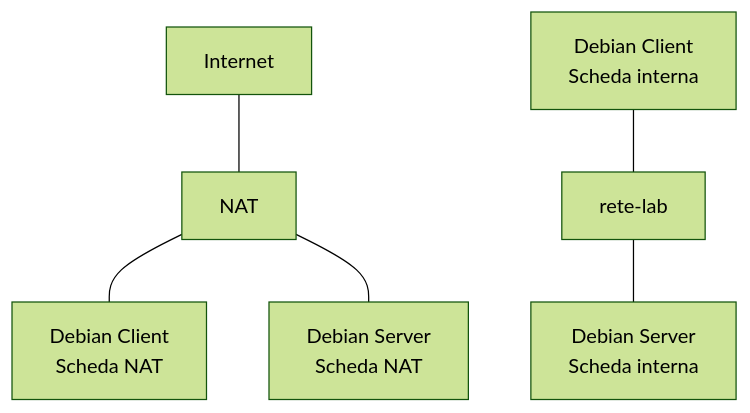
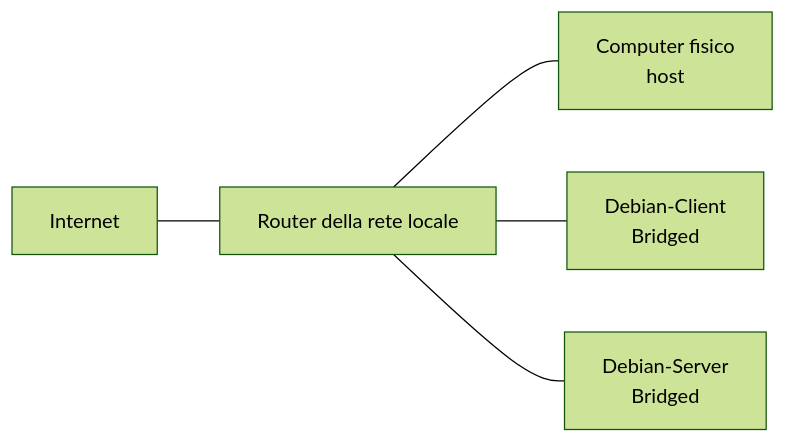
The diagram in 02_virtualizzazione_e_macchine_virtuali/12-09-lezione-9-creare-una-rete-tra-due-macchine-virtuali.md (carmelocastiglione/sistemireti), drawn with Mermaid (forest theme) before and after one commit. The commit also changed other lines of this file and 1 other file, not shown here.

Commit message:
Update lesson on SSH administration to include user creation, server verification, and key-based access

````diff
--- a/02_virtualizzazione_e_macchine_virtuali/12-09-lezione-9-creare-una-rete-tra-due-macchine-virtuali.md
+++ b/02_virtualizzazione_e_macchine_virtuali/12-09-lezione-9-creare-una-rete-tra-due-macchine-virtuali.md
@@ -155,8 +15,7 @@
 ``` mermaid
-flowchart TB
-    I[Internet] --- N[NAT]
-    N --- C1[Debian Client<br>Scheda NAT]
-    N --- S1[Debian Server<br>Scheda NAT]
-    C2[Debian Client<br>Scheda interna] --- R[rete-lab]
-    R --- S2[Debian Server<br>Scheda interna]
+flowchart LR
+    I[Internet] --- G[Router della rete locale]
+    G --- H[Computer fisico<br>host]
+    G --- C[Debian-Client<br>Bridged]
+    G --- S[Debian-Server<br>Bridged]
 ```
````
